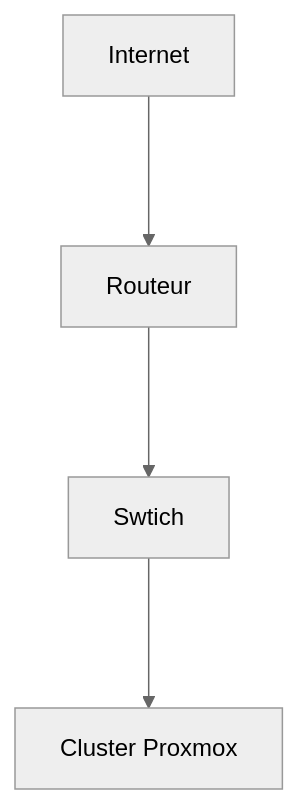
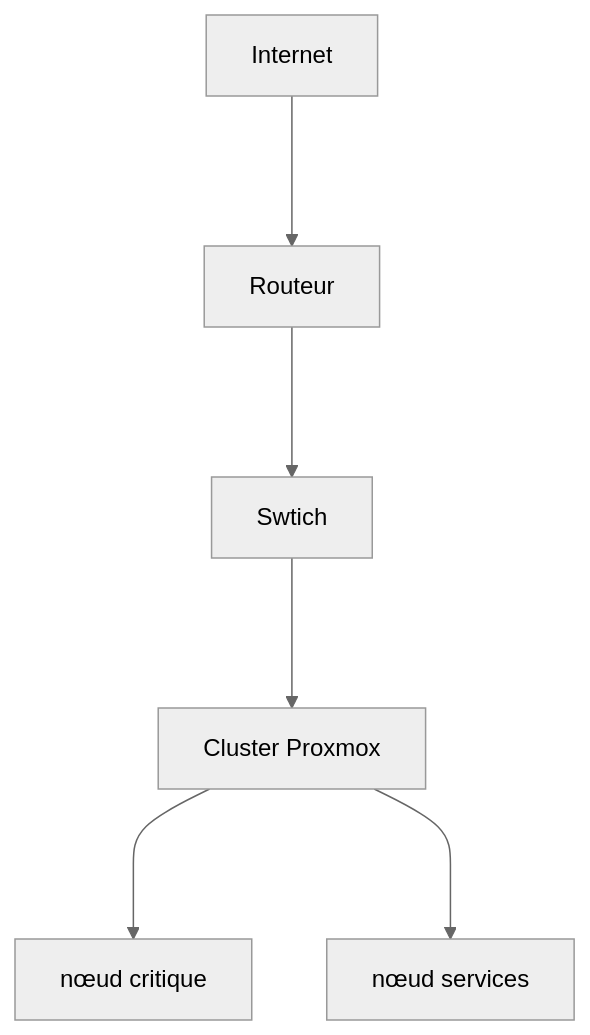
Before and after one commit to snoyy-i/snoyy-i: the diagram in README.md, drawn with Mermaid (neutral theme).

````diff
--- a/README.md
+++ b/README.md
@@ -2,12 +2,15 @@
 ```mermaid
 graph TD
      A[Internet]
      B[Routeur]
      C[Swtich]
      D[Cluster Proxmox ]
+     E[nœud critique ]
+     F[nœud services]
 
      A--->B
      B--->C
      C--->D
-
+     D--->E
+     D--->F
 ```
````
